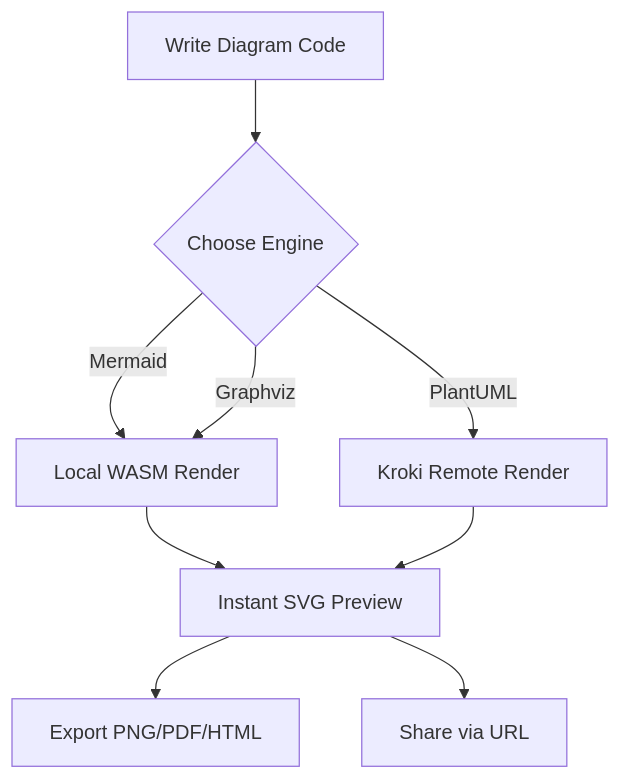
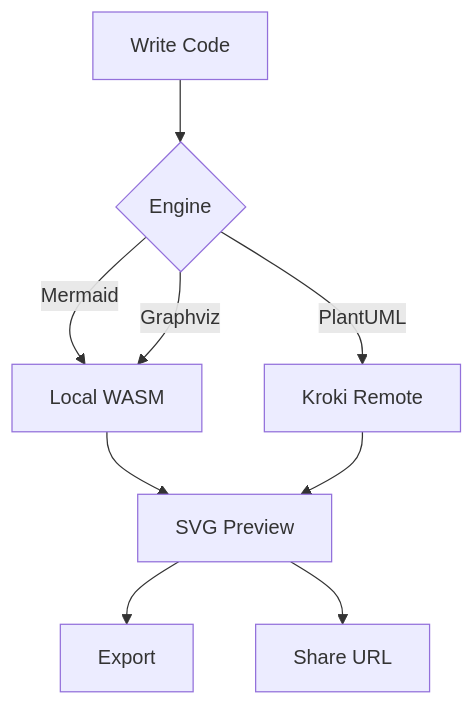
Before and after one commit to LessUp/graph-viewer: the first of 2 diagrams in README.md, drawn with Mermaid.

Commit message:
fix: shorten Mermaid diagram node labels to fix GitHub rendering error
The previous diagram caused "Could not find a suitable point for the given
distance" error in GitHub's Mermaid renderer. Shortened node labels to
resolve the layout conflict while preserving the diagram's semantics.

````diff
--- a/README.md
+++ b/README.md
@@ -81,11 +81,11 @@
 ```mermaid
 graph TD
-    A[Write Diagram Code] --> B{Choose Engine}
-    B -->|Mermaid| C[Local WASM Render]
-    B -->|PlantUML| D[Kroki Remote Render]
+    A[Write Code] --> B{Engine}
+    B -->|Mermaid| C[Local WASM]
+    B -->|PlantUML| D[Kroki Remote]
     B -->|Graphviz| C
-    C --> E[Instant SVG Preview]
+    C --> E[SVG Preview]
     D --> E
-    E --> F[Export PNG/PDF/HTML]
-    E --> G[Share via URL]
+    E --> F[Export]
+    E --> G[Share URL]
 ```
````
